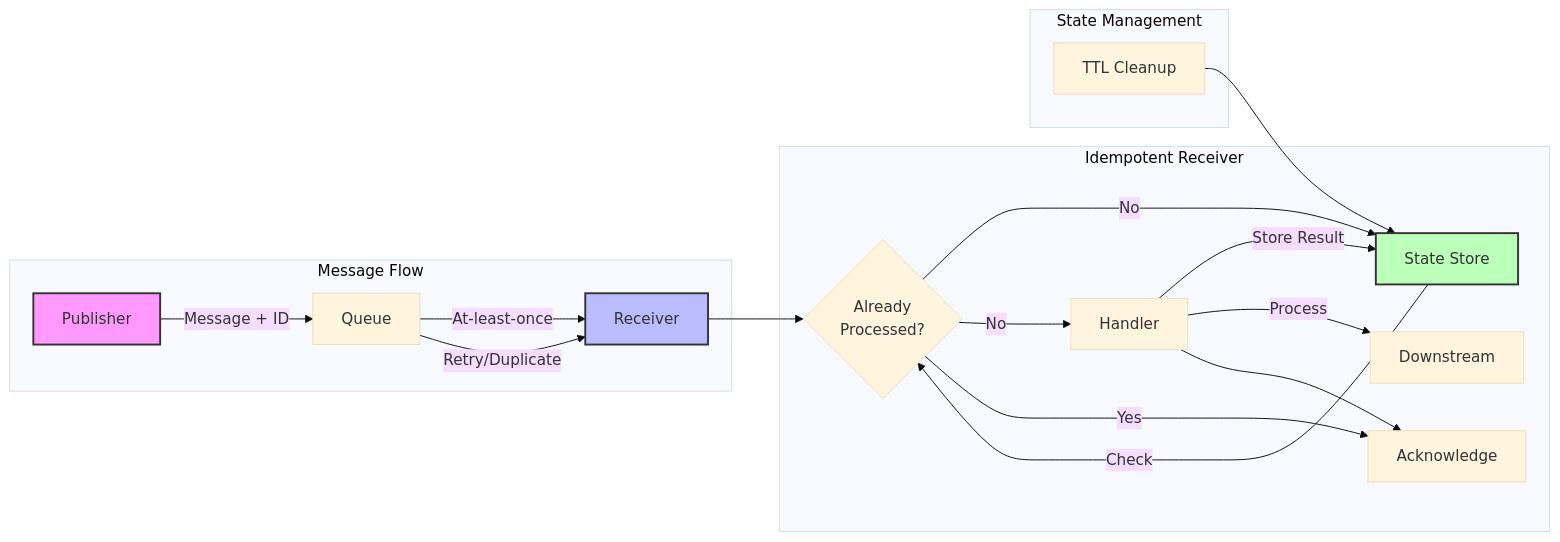
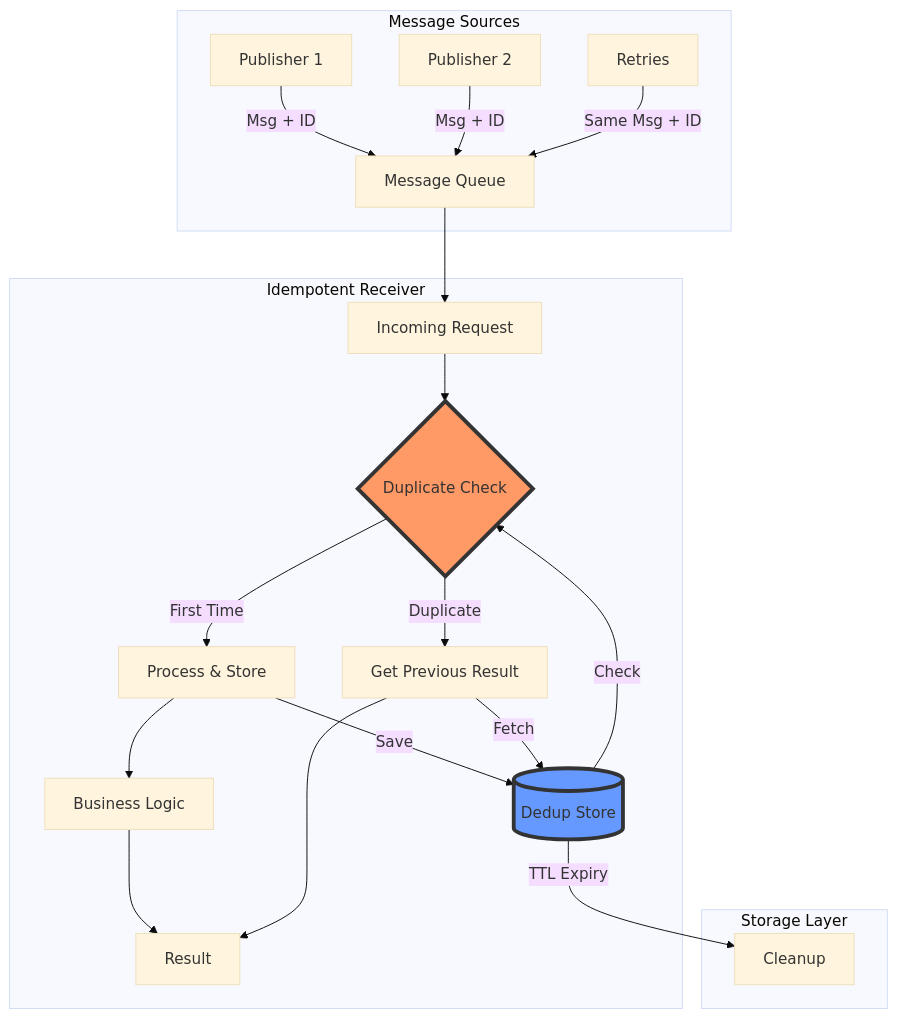
Before and after one commit to deepaucksharma/DStudio: the diagram in docs/patterns/idempotent-receiver.md, drawn with Mermaid (base theme). The commit also changed other lines of this file, not shown here.

First line of the commit message:
Enhance Idempotent Receiver pattern with 5-level progressive learning structure

````diff
--- a/docs/patterns/idempotent-receiver.md
+++ b/docs/patterns/idempotent-receiver.md
@@ -67,27 +102,31 @@
 ```mermaid
-graph LR
-    subgraph "Message Flow"
-        P[Publisher] --> |Message + ID| Q[Queue]
-        Q --> |At-least-once| R[Receiver]
-        Q --> |Retry/Duplicate| R
+graph TB
+    subgraph "Message Sources"
+        P1[Publisher 1] --> |Msg + ID| Q[Message Queue]
+        P2[Publisher 2] --> |Msg + ID| Q
+        R[Retries] --> |Same Msg + ID| Q
     end
-
+    
     subgraph "Idempotent Receiver"
-        R --> C{Already<br/>Processed?}
-        C -->|No| S[State Store]
-        C -->|No| H[Handler]
-        C -->|Yes| A[Acknowledge]
-        H --> |Store Result| S
-        H --> |Process| D[Downstream]
-        H --> A
+        Q --> IR[Incoming Request]
+        IR --> DC{Duplicate Check}
+        
+        DC -->|First Time| PS[Process & Store]
+        DC -->|Duplicate| GR[Get Previous Result]
+        
+        PS --> |Save| DS[(Dedup Store)]
+        GR --> |Fetch| DS
+        
+        PS --> BL[Business Logic]
+        BL --> RES[Result]
+        GR --> RES
     end
-
-    subgraph "State Management"
-        S --> |Check| C
-        T[TTL Cleanup] --> S
+    
+    subgraph "Storage Layer"
+        DS --> |TTL Expiry| CL[Cleanup]
+        DS --> |Check| DC
     end
-
-    style P fill:#f9f,stroke:#333,stroke-width:2px
-    style R fill:#bbf,stroke:#333,stroke-width:2px
-    style S fill:#bfb,stroke:#333,stroke-width:2px
+    
+    style DC fill:#f96,stroke:#333,stroke-width:4px
+    style DS fill:#69f,stroke:#333,stroke-width:4px
 ```
````
